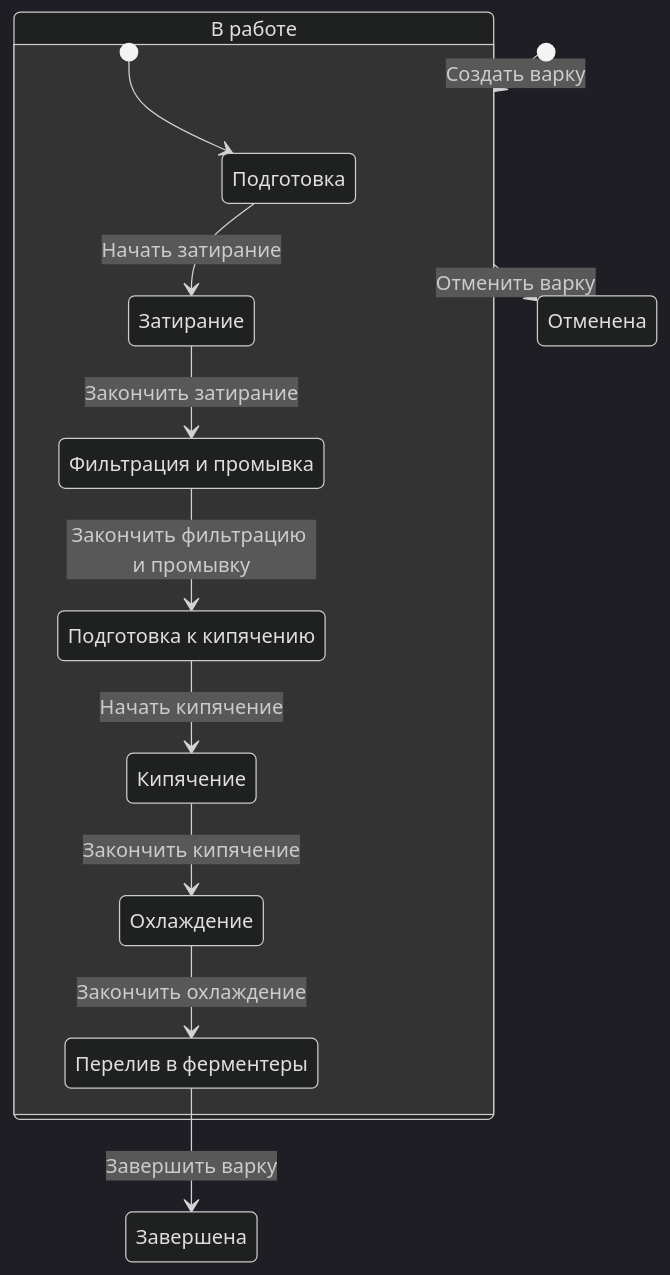
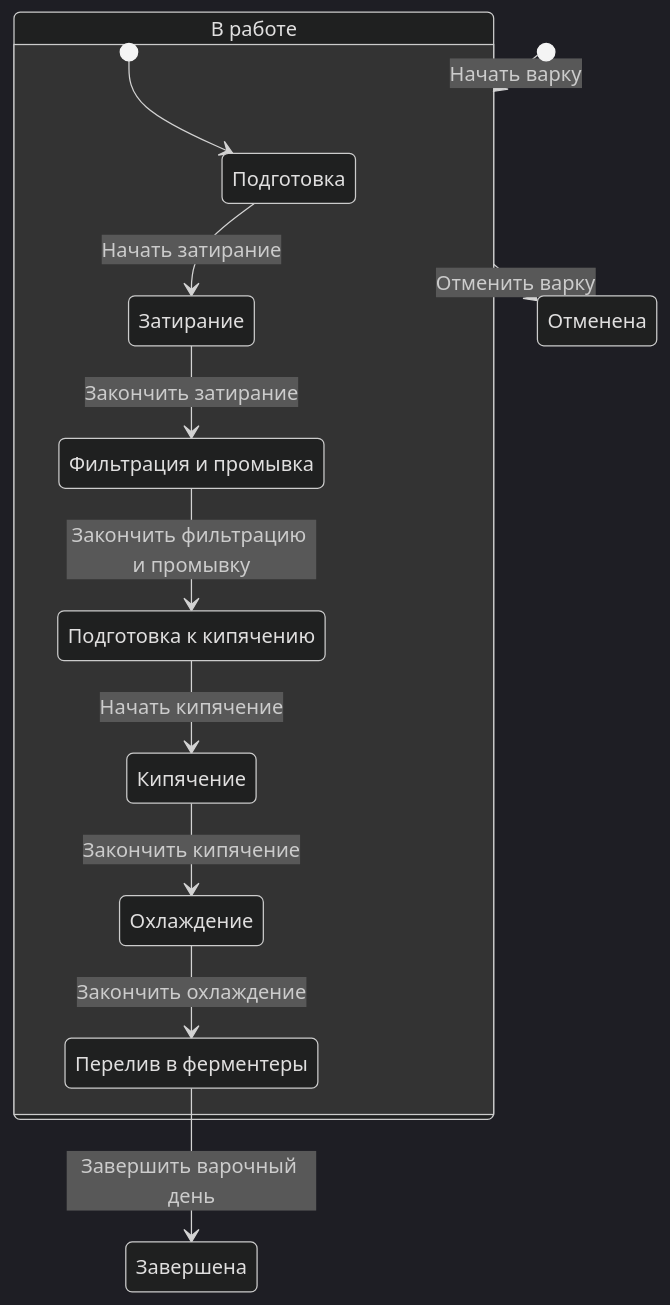
Before and after one commit to Edheltur/ha-brewery: the diagram in docs/ha-brewery.md, drawn with Mermaid (dark theme). The commit also changed other lines of this file and 25 other files, not shown here.

````diff
--- a/docs/ha-brewery.md
+++ b/docs/ha-brewery.md
@@ -77,24 +95,24 @@
 ```mermaid
 stateDiagram-v2
     state "В работе" as Active {
         state "Подготовка" as Prep
         state "Затирание" as Mash
         state "Фильтрация и промывка" as Lauter
         state "Подготовка к кипячению" as PreBoil
         state "Кипячение" as Boil
         state "Охлаждение" as Chill
         state "Перелив в ферментеры" as Transfer
         [*] --> Prep
         Prep --> Mash: Начать затирание
         Mash --> Lauter: Закончить затирание
         Lauter --> PreBoil: Закончить фильтрацию и промывку
         PreBoil --> Boil: Начать кипячение
         Boil --> Chill: Закончить кипячение
         Chill --> Transfer: Закончить охлаждение
     }
     state "Завершена" as Completed
     state "Отменена" as Cancelled
-    [*] --> Active: Создать варку
-    Transfer --> Completed: Завершить варку
+    [*] --> Active: Начать варку
+    Transfer --> Completed: Завершить варочный день
     Active --> Cancelled: Отменить варку
 ```
````
